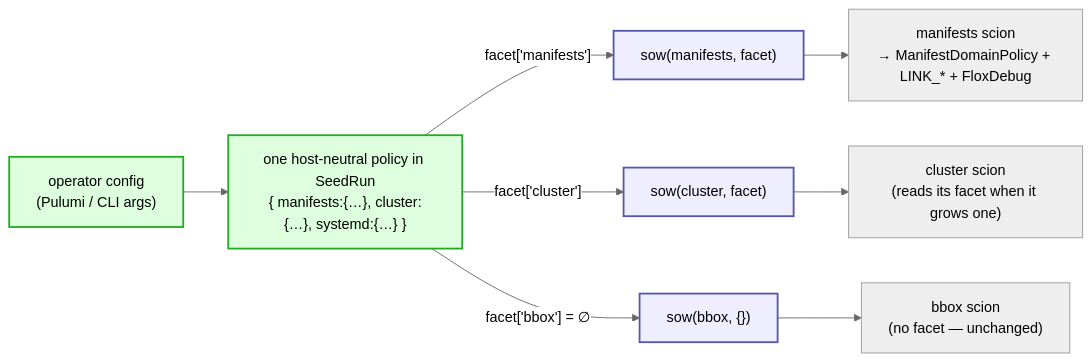
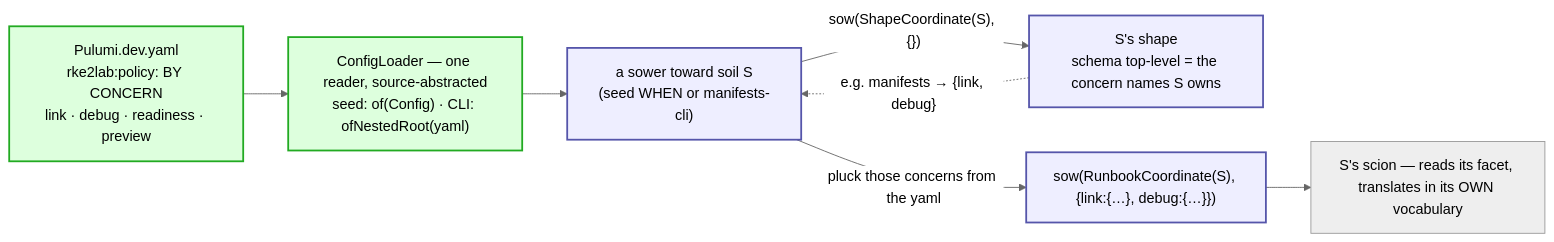
One commit to nxmatic/rke2lab changed the second of 3 diagrams in docs/architecture/osgi/manifests-bdd-spec.adoc. Above: the diagram before and after it, drawn with Mermaid (neutral theme). The commit also changed other lines of this file and 1 other file, not shown here.

First line of the commit message:
docs(specs): one file + shape-carved facet; the policy is orphaned live logic

```diff
--- a/docs/architecture/osgi/manifests-bdd-spec.adoc
+++ b/docs/architecture/osgi/manifests-bdd-spec.adoc
@@ -117,20 +132,18 @@
 [mermaid]
 ----
 flowchart LR
-  cfg["operator config<br/>(Pulumi / CLI args)"]
-  pol["one host-neutral policy in SeedRun<br/>{ manifests:{…}, cluster:{…}, systemd:{…} }"]
-  cfg --> pol
+  yaml["Pulumi.dev.yaml<br/>rke2lab:policy: BY CONCERN<br/>link · debug · readiness · preview"]
+  loader["ConfigLoader — one reader, source-abstracted<br/>seed: of(Config) · CLI: ofNestedRoot(yaml)"]
+  yaml --> loader
+  loader --> sower["a sower toward soil S<br/>(seed WHEN or manifests-cli)"]
 
-  pol -->|"facet['manifests']"| tM["sow(manifests, facet)"]
-  pol -->|"facet['cluster']"| tC["sow(cluster, facet)"]
-  pol -->|"facet['bbox'] = ∅"| tB["sow(bbox, {})"]
-
-  tM --> sM["manifests scion<br/>→ ManifestDomainPolicy + LINK_* + FloxDebug"]
-  tC --> sC["cluster scion<br/>(reads its facet when it grows one)"]
-  tB --> sB["bbox scion<br/>(no facet — unchanged)"]
+  sower -->|"sow(ShapeCoordinate(S), {})"| shape["S's shape<br/>schema top-level = the concern names S owns"]
+  shape -.->|"e.g. manifests → {link, debug}"| sower
+  sower -->|"pluck those concerns from the yaml"| trig["sow(RunbookCoordinate(S), {link:{…}, debug:{…}})"]
+  trig --> scion["S's scion — reads its facet, translates in its OWN vocabulary"]
 
   classDef src fill:#dfd,stroke:#2a2,stroke-width:2px;
   classDef ch fill:#eef,stroke:#55a,stroke-width:2px;
-  class cfg,pol src;
-  class tM,tC,tB ch;
+  class yaml,loader src;
+  class sower,shape,trig ch;
 ----
```
